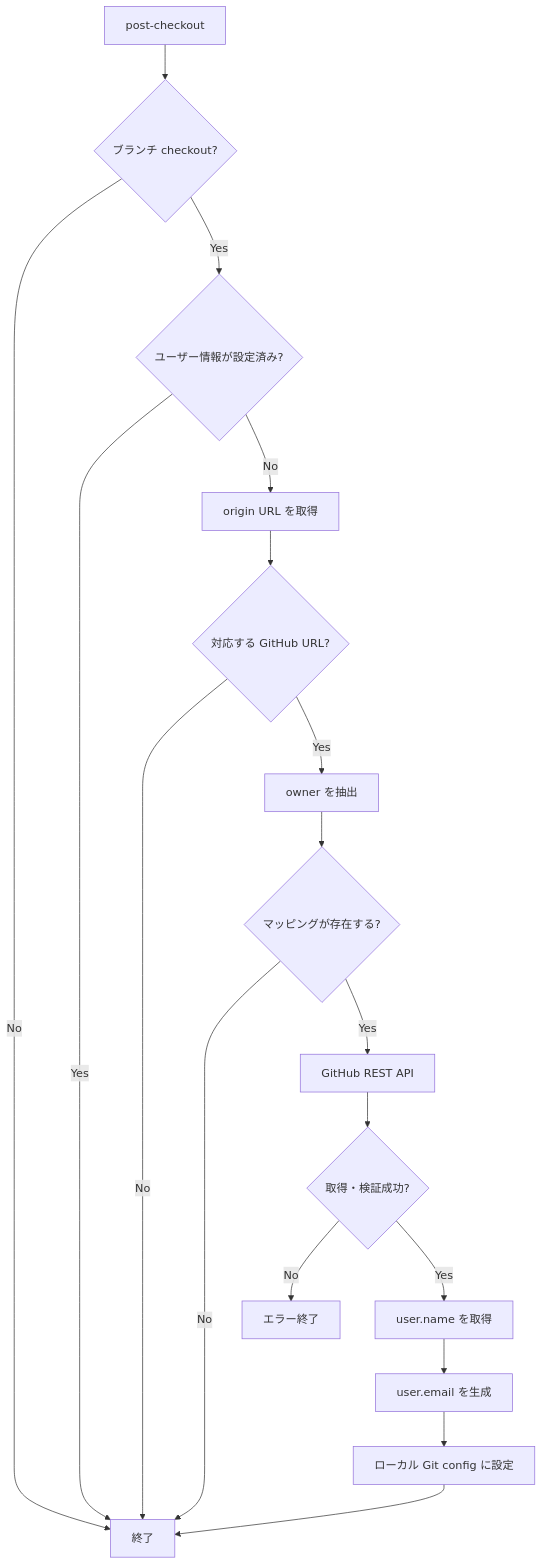
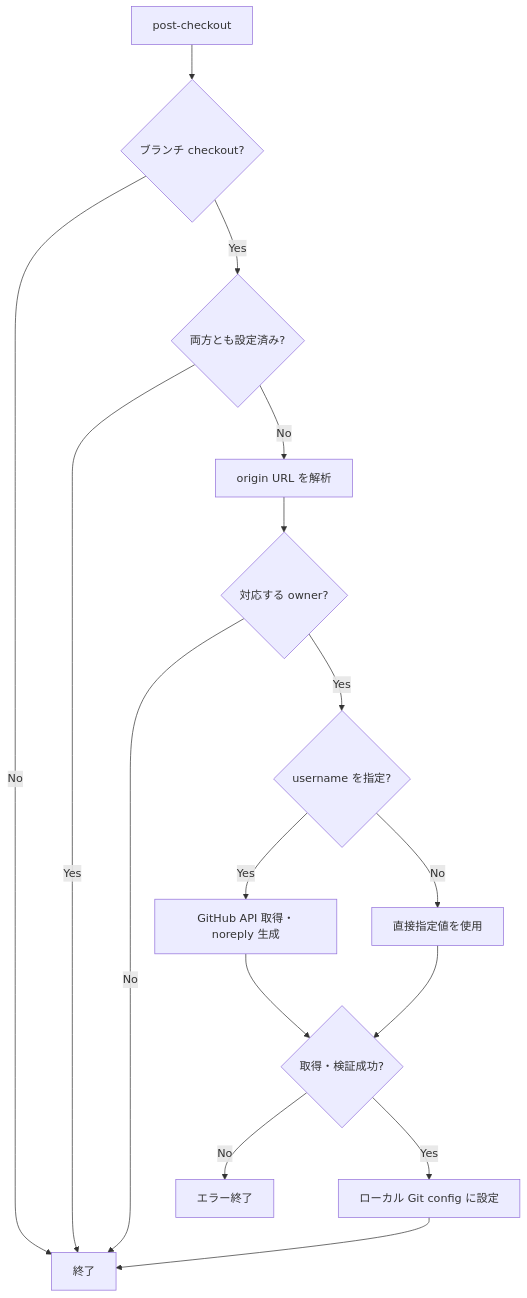
One commit to vast-cow/git-auto-identity changed the diagram in README.md. Above: the diagram before and after it, drawn with Mermaid. The commit also changed other lines of this file and 1 other file, not shown here.

Commit message:
Support explicit names and email addresses per GitHub owner

````diff
--- a/README.md
+++ b/README.md
@@ -203,20 +163,18 @@
 ```mermaid
 flowchart TD
     A[post-checkout] --> B{ブランチ checkout?}
     B -- No --> Z[終了]
-    B -- Yes --> C{ユーザー情報が設定済み?}
+    B -- Yes --> C{両方とも設定済み?}
     C -- Yes --> Z
-    C -- No --> D[origin URL を取得]
-    D --> E{対応する GitHub URL?}
+    C -- No --> D[origin URL を解析]
+    D --> E{対応する owner?}
     E -- No --> Z
-    E -- Yes --> F[owner を抽出]
-    F --> G{マッピングが存在する?}
-    G -- No --> Z
-    G -- Yes --> H[GitHub REST API]
-    H --> I{取得・検証成功?}
+    E -- Yes --> F{username を指定?}
+    F -- Yes --> G[GitHub API 取得・noreply 生成]
+    F -- No --> H[直接指定値を使用]
+    G --> I{取得・検証成功?}
+    H --> I
     I -- No --> X[エラー終了]
-    I -- Yes --> J[user.name を取得]
-    J --> K[user.email を生成]
-    K --> L[ローカル Git config に設定]
-    L --> Z
+    I -- Yes --> J[ローカル Git config に設定]
+    J --> Z
 ```
````
